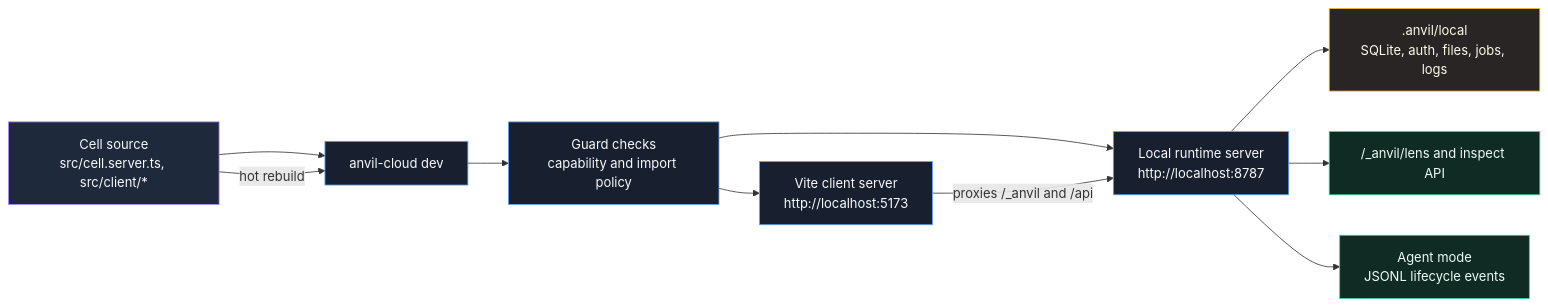
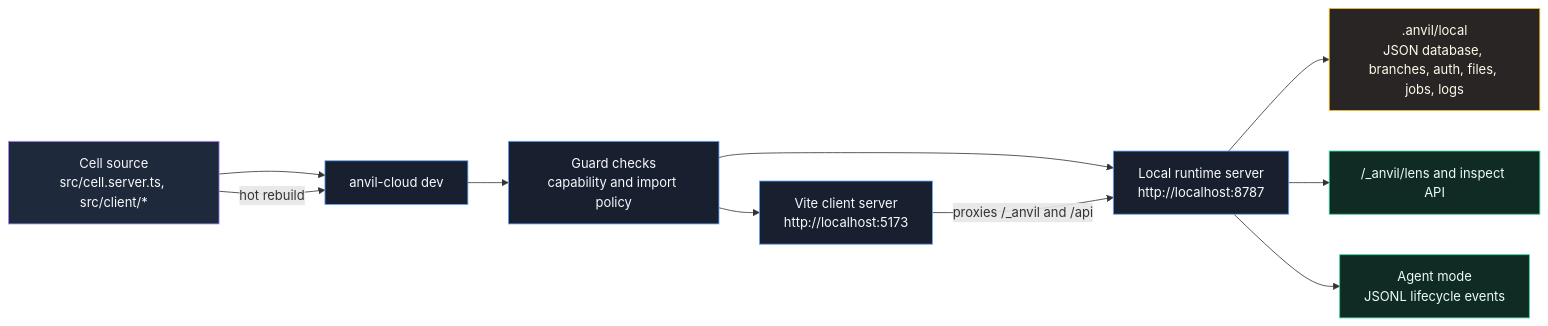
One commit to anthonyhumphreys/anvil-stack changed the second of 6 diagrams in anvil-cloud/docs/architecture/diagrams.md. Above: the diagram before and after it, drawn with Mermaid. The commit also changed other lines of this file and 16 other files, not shown here.

Commit message:
feat(cloud): add local database branching

````diff
--- a/anvil-cloud/docs/architecture/diagrams.md
+++ b/anvil-cloud/docs/architecture/diagrams.md
@@ -60,31 +60,31 @@
 ```mermaid
 flowchart LR
   Source["Cell source<br/>src/cell.server.ts, src/client/*"]
   Dev["anvil-cloud dev"]
   Guard["Guard checks<br/>capability and import policy"]
   Server["Local runtime server<br/>http://localhost:8787"]
   Client["Vite client server<br/>http://localhost:5173"]
-  State[".anvil/local<br/>SQLite, auth, files, jobs, logs"]
+  State[".anvil/local<br/>JSON database, branches, auth, files, jobs, logs"]
   Lens["/_anvil/lens and inspect API"]
   Agent["Agent mode<br/>JSONL lifecycle events"]
 
   Source --> Dev
   Dev --> Guard
   Guard --> Server
   Guard --> Client
   Server --> State
   Server --> Lens
   Server --> Agent
   Client -->|"proxies /_anvil and /api"| Server
   Source -->|"hot rebuild"| Dev
 
   classDef source fill:#1e293b,stroke:#a78bfa,color:#f8fafc;
   classDef process fill:#18202f,stroke:#60a5fa,color:#f8fafc;
   classDef local fill:#102a24,stroke:#34d399,color:#ecfdf5;
   classDef data fill:#292524,stroke:#fbbf24,color:#fffbeb;
 
   class Source source;
   class Dev,Guard,Server,Client process;
   class Lens,Agent local;
   class State data;
 ```
````
